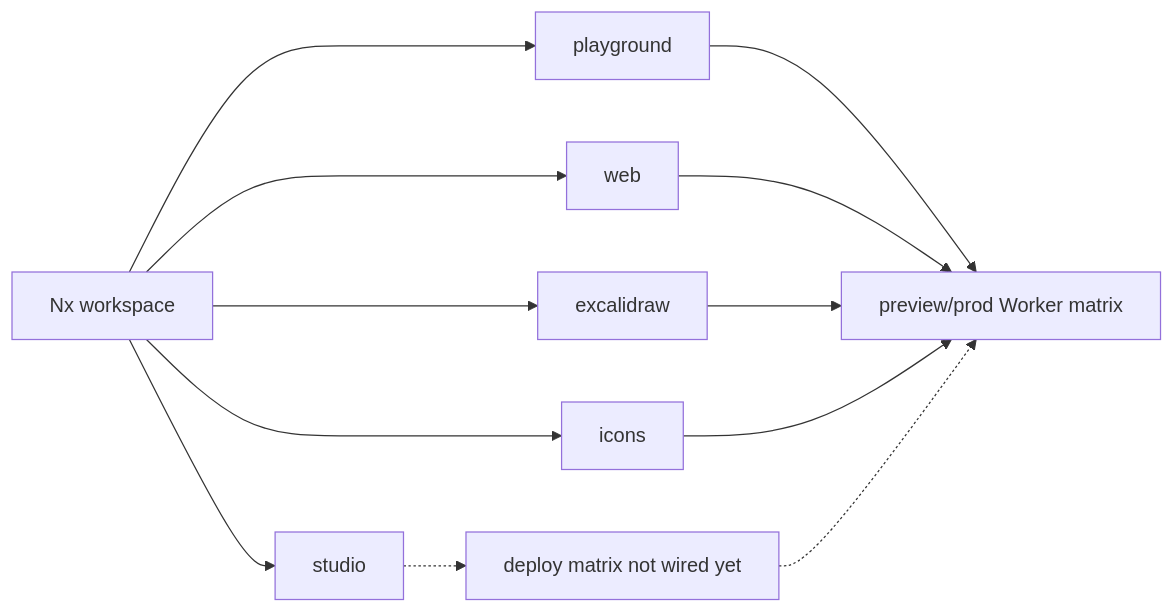
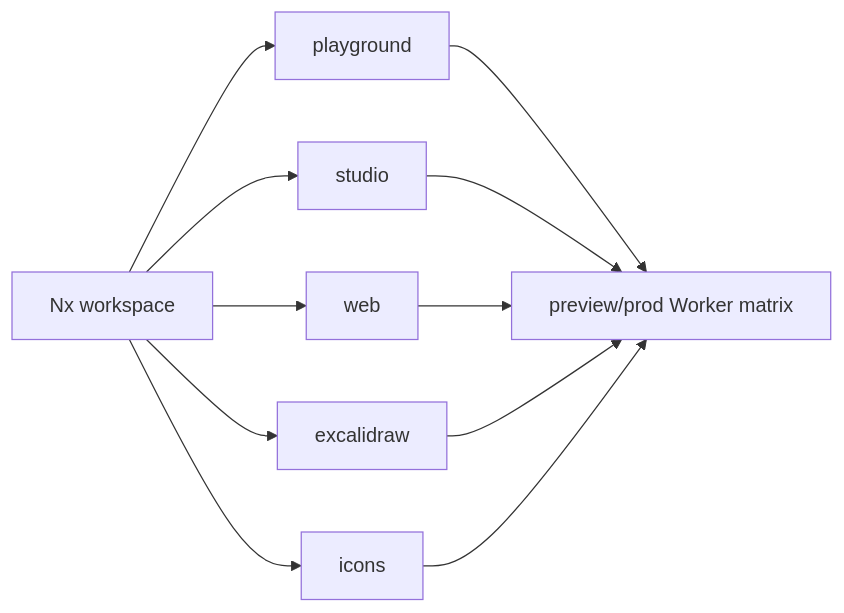
One commit to shpitdev/sketchi changed the third of 3 diagrams in docs/architecture.md. Above: the diagram before and after it, drawn with Mermaid. The commit also changed other lines of this file and 13 other files, not shown here.

````diff
--- a/docs/architecture.md
+++ b/docs/architecture.md
@@ -117,15 +117,14 @@
 ```mermaid
 flowchart LR
   Workspace["Nx workspace"] --> Playground["playground"]
   Workspace --> Studio["studio"]
   Workspace --> Web["web"]
   Workspace --> Excalidraw["excalidraw"]
   Workspace --> Icons["icons"]
 
   Playground --> Deploy["preview/prod Worker matrix"]
+  Studio --> Deploy
   Web --> Deploy
   Excalidraw --> Deploy
   Icons --> Deploy
-  Studio -.-> StudioGap["deploy matrix not wired yet"]
-  StudioGap -.-> Deploy
 ```
````
